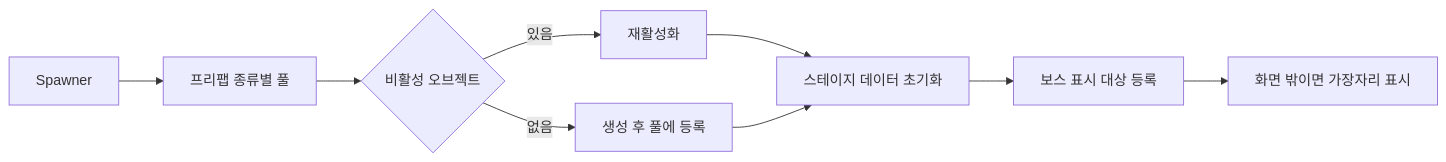
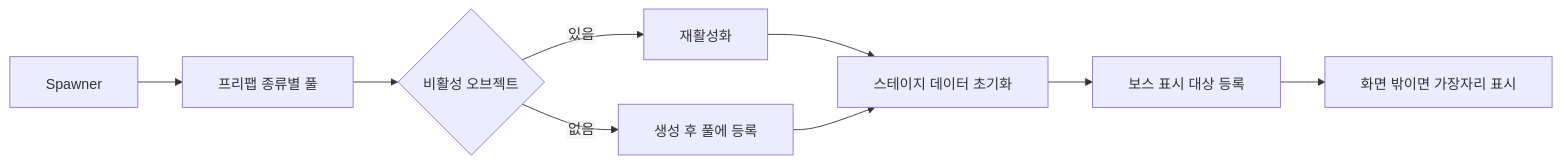
One commit to roxasventus/CIEN-tutorial-project-team2 changed the diagram in portfolio/pool-indicator/README.md. Above: the diagram before and after it, drawn with Mermaid. The commit also changed 2 other files, not shown here.

Commit message:
docs: fix diagram text layout and feature sample emphasis

````diff
--- a/portfolio/pool-indicator/README.md
+++ b/portfolio/pool-indicator/README.md
@@ -11,11 +11,12 @@
 ```mermaid
+%%{init: {"htmlLabels": false, "themeVariables": {"fontFamily": "Arial, sans-serif"}, "flowchart": {"padding": 20, "diagramPadding": 20}, "sequence": {"diagramMarginX": 24, "diagramMarginY": 16, "wrap": true}}}%%
 flowchart LR
   A["Spawner"] --> B["프리팹 종류별 풀"]
   B --> C{"비활성 오브젝트"}
   C -->|있음| D["재활성화"]
   C -->|없음| E["생성 후 풀에 등록"]
   D --> F["스테이지 데이터 초기화"]
   E --> F
   F --> G["보스 표시 대상 등록"]
   G --> H["화면 밖이면 가장자리 표시"]
 ```
````
